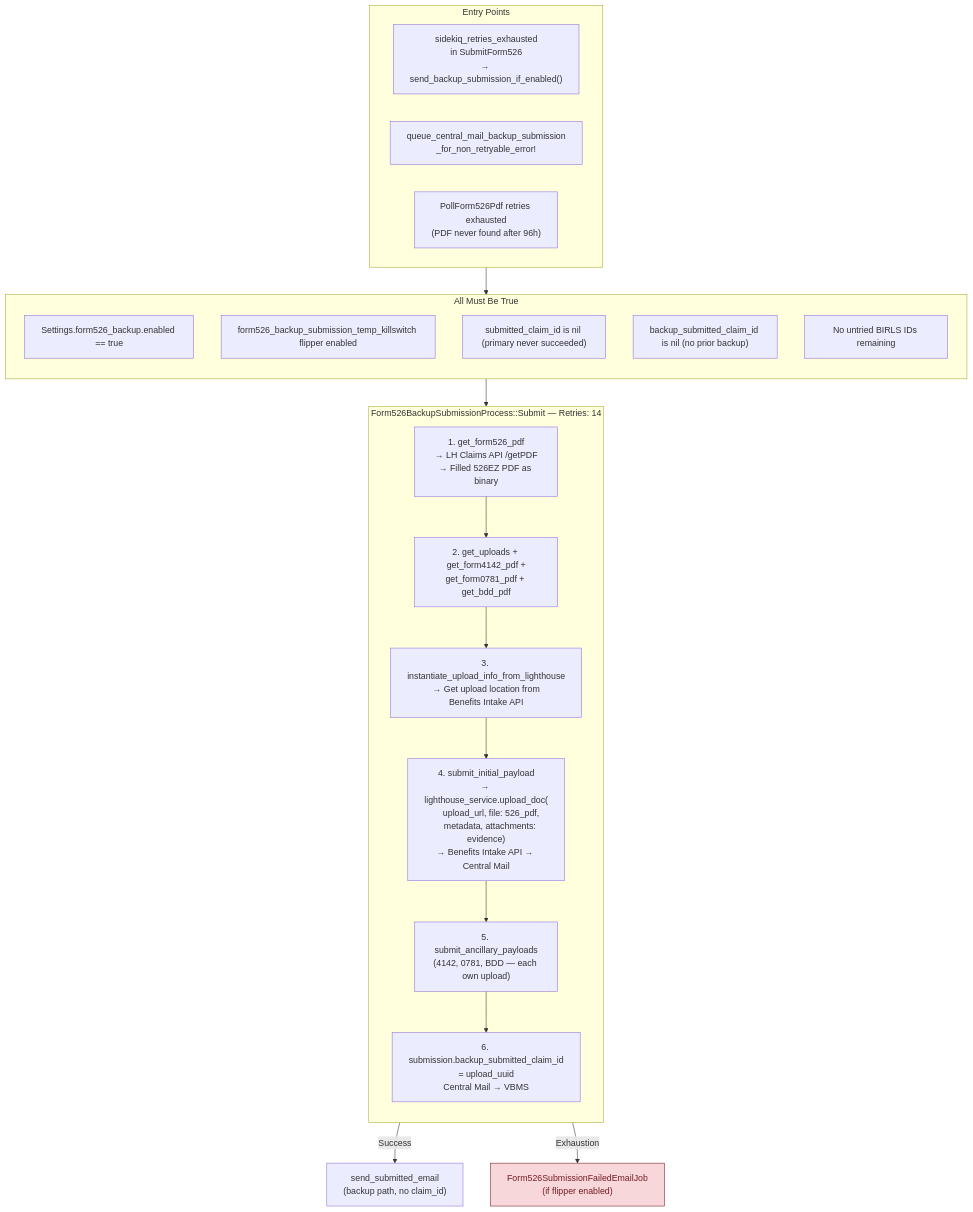
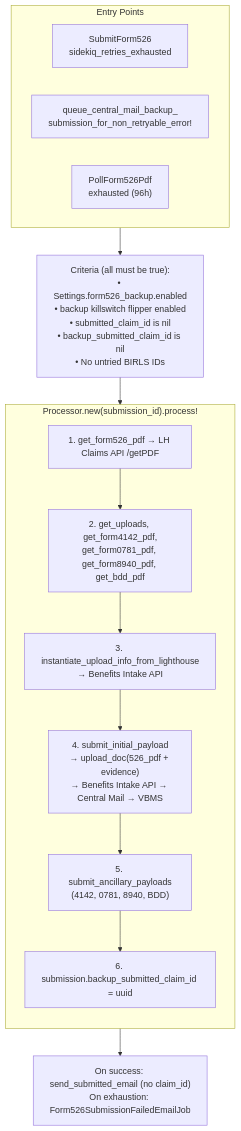
Diagram 11 of 16 in products/disability/526ez/form526_architecture_flow.md (Ninjaneer321/va.gov-team), drawn with Mermaid before and after one commit. The commit also changed other lines of this file, not shown here.

Commit message:
Updated architecture diagram with useFormFeatureToggleSync

````diff
--- a/products/disability/526ez/form526_architecture_flow.md
+++ b/products/disability/526ez/form526_architecture_flow.md
@@ -348,40 +348,25 @@
 ```mermaid
-graph TD
-    subgraph ENTRIES["Entry Points"]
-        E1["sidekiq_retries_exhausted<br/>in SubmitForm526<br/>→ send_backup_submission_if_enabled()"]
-        E2["queue_central_mail_backup_submission<br/>_for_non_retryable_error!"]
-        E3["PollForm526Pdf retries exhausted<br/>(PDF never found after 96h)"]
+flowchart TD
+    subgraph Entries["Entry Points"]
+        E1["SubmitForm526<br/>sidekiq_retries_exhausted"]
+        E2["queue_central_mail_backup_<br/>submission_for_non_retryable_error!"]
+        E3["PollForm526Pdf<br/>exhausted (96h)"]
     end
 
-    ENTRIES --> CRITERIA
+    Criteria["Criteria (all must be true):<br/>• Settings.form526_backup.enabled<br/>• backup killswitch flipper enabled<br/>• submitted_claim_id is nil<br/>• backup_submitted_claim_id is nil<br/>• No untried BIRLS IDs"]
 
-    subgraph CRITERIA["All Must Be True"]
+    subgraph Process["Processor.new(submission_id).process!"]
         direction TB
-        C1["Settings.form526_backup.enabled == true"]
-        C2["form526_backup_submission_temp_killswitch flipper enabled"]
-        C3["submitted_claim_id is nil (primary never succeeded)"]
-        C4["backup_submitted_claim_id is nil (no prior backup)"]
-        C5["No untried BIRLS IDs remaining"]
+        PDF["1. get_form526_pdf → LH Claims API /getPDF"]
+        Files["2. get_uploads, get_form4142_pdf,<br/>get_form0781_pdf, get_form8940_pdf, get_bdd_pdf"]
+        Upload["3. instantiate_upload_info_from_lighthouse<br/>→ Benefits Intake API"]
+        Submit["4. submit_initial_payload<br/>→ upload_doc(526_pdf + evidence)<br/>→ Benefits Intake API → Central Mail → VBMS"]
+        Ancillary["5. submit_ancillary_payloads<br/>(4142, 0781, 8940, BDD)"]
+        Save["6. submission.backup_submitted_claim_id = uuid"]
+        PDF --> Files --> Upload --> Submit --> Ancillary --> Save
     end
 
-    CRITERIA --> BACKUP
+    Result["On success: send_submitted_email (no claim_id)<br/>On exhaustion: Form526SubmissionFailedEmailJob"]
 
-    subgraph BACKUP["Form526BackupSubmissionProcess::Submit — Retries: 14"]
-        direction TB
-        B1["1. get_form526_pdf<br/>→ LH Claims API /getPDF<br/>→ Filled 526EZ PDF as binary"]
-        B2["2. get_uploads + get_form4142_pdf +<br/>get_form0781_pdf + get_bdd_pdf"]
-        B3["3. instantiate_upload_info_from_lighthouse<br/>→ Get upload location from<br/>Benefits Intake API"]
-        B4["4. submit_initial_payload<br/>→ lighthouse_service.upload_doc(<br/>    upload_url, file: 526_pdf,<br/>    metadata, attachments: evidence)<br/>→ Benefits Intake API → Central Mail"]
-        B5["5. submit_ancillary_payloads<br/>(4142, 0781, BDD — each own upload)"]
-        B6["6. submission.backup_submitted_claim_id<br/>= upload_uuid<br/>Central Mail → VBMS"]
-
-        B1 --> B2 --> B3 --> B4 --> B5 --> B6
-    end
-
-    BACKUP -->|Success| BACKUP_EMAIL["send_submitted_email<br/>(backup path, no claim_id)"]
-    BACKUP -->|Exhaustion| FAIL_EMAIL["Form526SubmissionFailedEmailJob<br/>(if flipper enabled)"]
-
-    classDef danger fill:#f8d7da,stroke:#721c24,color:#721c24
-    classDef external fill:#fff3cd,stroke:#856404,color:#856404
-    class FAIL_EMAIL danger
+    Entries --> Criteria --> Process --> Result
 ```
````
